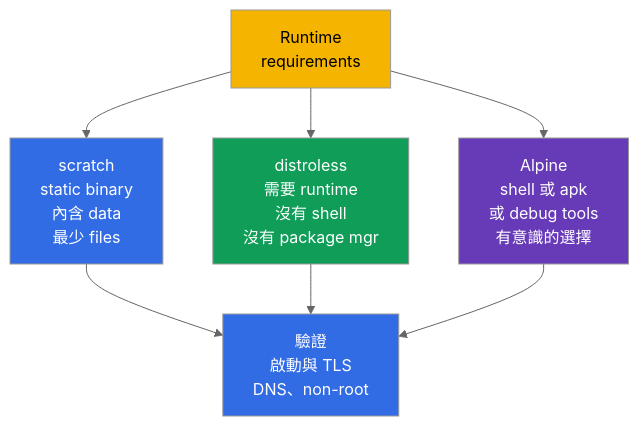
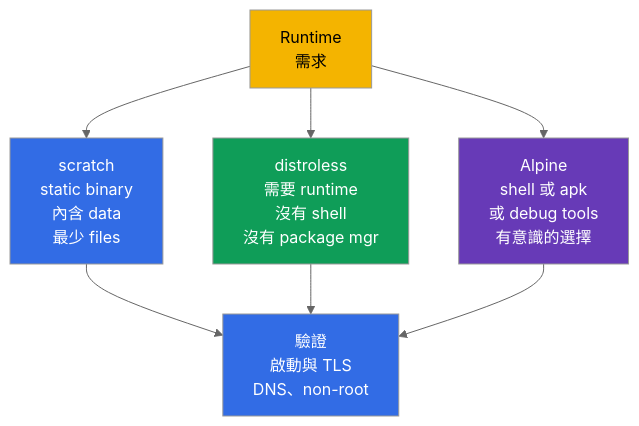
The second of 2 diagrams in tasks/cks/course/24/tw.md (ViktorUJ/cks), drawn with Mermaid (neutral theme) before and after one commit. The commit also changed other lines of this file and 280 other files, not shown here.

````diff
--- a/tasks/cks/course/24/tw.md
+++ b/tasks/cks/course/24/tw.md
@@ -76,15 +76,15 @@
 ```mermaid
 flowchart TB
-    q["Runtime<br/>requirements"]
+    q["Runtime<br/>需求"]
     q --> scratch["scratch<br/>static binary<br/>內含 data<br/>最少 files"]
     q --> dist["distroless<br/>需要 runtime<br/>沒有 shell<br/>沒有 package mgr"]
     q --> alpine["Alpine<br/>shell 或 apk<br/>或 debug tools<br/>有意識的選擇"]
     scratch --> verify["驗證<br/>啟動與 TLS<br/>DNS、non-root"]
     dist --> verify
     alpine --> verify
     style q fill:#f4b400,color:#000
     style scratch fill:#326ce5,color:#fff
     style dist fill:#0f9d58,color:#fff
     style alpine fill:#673ab7,color:#fff
     style verify fill:#326ce5,color:#fff
 ```
````
